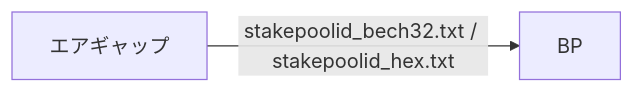
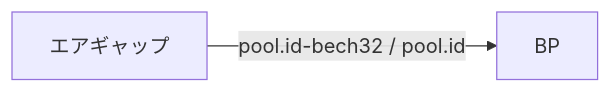
The fifth of 5 diagrams in docs/setup/7-register-stakepool.md (btbf/spojapanguild), drawn with Mermaid before and after one commit. The commit also changed other lines of this file and 7 other files, not shown here.

````diff
--- a/docs/setup/7-register-stakepool.md
+++ b/docs/setup/7-register-stakepool.md
@@ -482,4 +482,4 @@
     ``` mermaid
     graph LR
-        A[エアギャップ] -->|stakepoolid_bech32.txt / stakepoolid_hex.txt| B[BP];
+        A[エアギャップ] -->|pool.id-bech32 / pool.id| B[BP];
     ```
````
